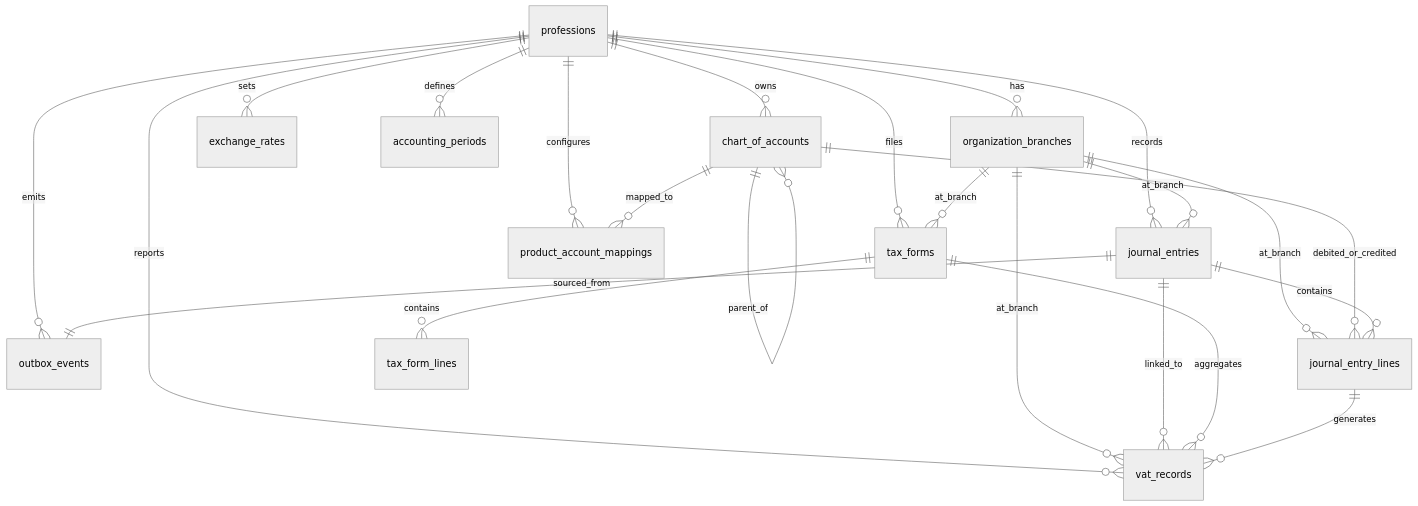
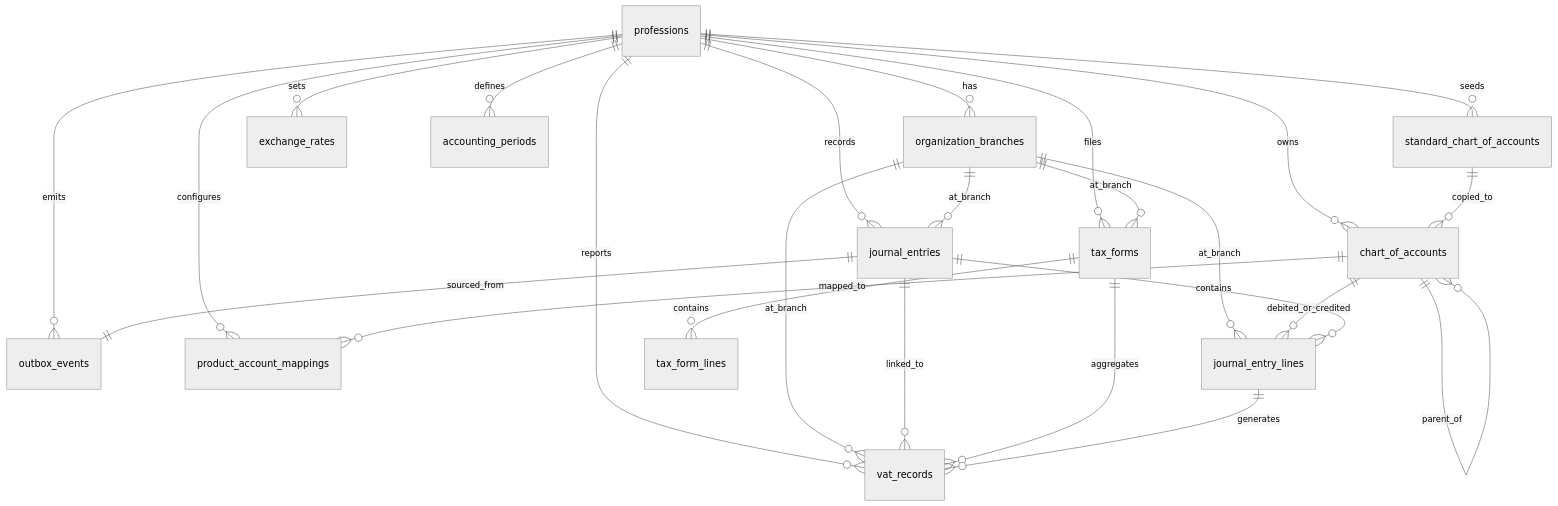
Before and after one commit to derfby1988/sheserved: the diagram in docs/ERP/ACCOUNTING_ER_DIAGRAM.md, drawn with Mermaid (neutral theme). The commit also changed other lines of this file and 22 other files, not shown here.

````diff
--- a/docs/ERP/ACCOUNTING_ER_DIAGRAM.md
+++ b/docs/ERP/ACCOUNTING_ER_DIAGRAM.md
@@ -3,30 +3,33 @@
 ```mermaid
 erDiagram
     professions ||--o{ organization_branches : has
     professions ||--o{ outbox_events : emits
+    professions ||--o{ standard_chart_of_accounts : seeds
     professions ||--o{ chart_of_accounts : owns
     professions ||--o{ journal_entries : records
     professions ||--o{ vat_records : reports
     professions ||--o{ tax_forms : files
     professions ||--o{ exchange_rates : sets
     professions ||--o{ accounting_periods : defines
     professions ||--o{ product_account_mappings : configures
 
     organization_branches ||--o{ journal_entries : at_branch
     organization_branches ||--o{ journal_entry_lines : at_branch
     organization_branches ||--o{ vat_records : at_branch
     organization_branches ||--o{ tax_forms : at_branch
 
     chart_of_accounts ||--o{ journal_entry_lines : debited_or_credited
     chart_of_accounts ||--o{ product_account_mappings : mapped_to
     chart_of_accounts ||--o{ chart_of_accounts : parent_of
 
+    standard_chart_of_accounts ||--o{ chart_of_accounts : copied_to
+
     journal_entries ||--o{ journal_entry_lines : contains
     journal_entries ||--o{ vat_records : linked_to
     journal_entries ||--|| outbox_events : sourced_from
 
     tax_forms ||--o{ tax_form_lines : contains
     tax_forms ||--o{ vat_records : aggregates
 
     journal_entry_lines ||--o{ vat_records : generates
 ```
````
